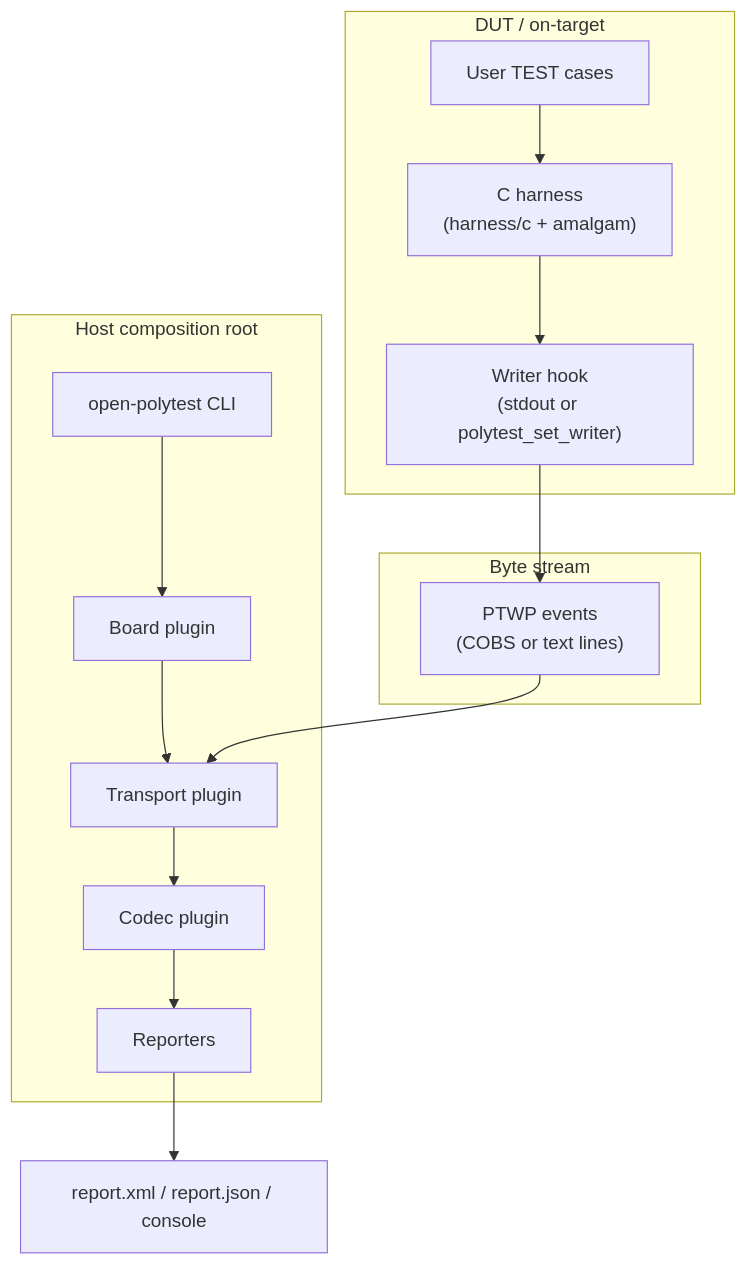
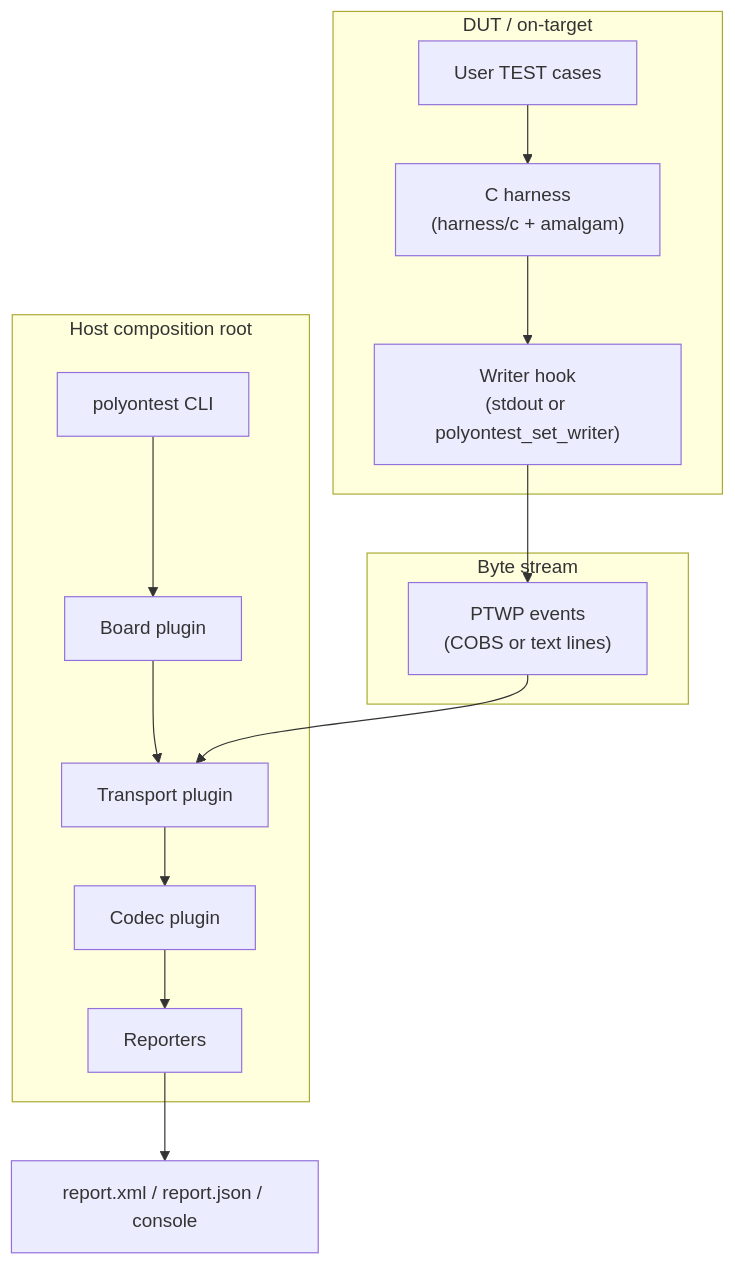
One commit to malto101/Open-PolyTest-Framework changed the first of 4 diagrams in docs/architecture.md. Above: the diagram before and after it, drawn with Mermaid. The commit also changed other lines of this file and 93 other files, not shown here.

````diff
--- a/docs/architecture.md
+++ b/docs/architecture.md
@@ -9,27 +9,27 @@
 ```mermaid
 flowchart TB
   subgraph target [DUT / on-target]
     harness["C harness\n(harness/c + amalgam)"]
     tests[User TEST cases]
-    writer["Writer hook\n(stdout or polytest_set_writer)"]
+    writer["Writer hook\n(stdout or polyontest_set_writer)"]
     tests --> harness
     harness --> writer
   end
   subgraph wire [Byte stream]
     ptwp["PTWP events\n(COBS or text lines)"]
   end
   subgraph host [Host composition root]
-    cli["open-polytest CLI"]
+    cli["polyontest CLI"]
     board[Board plugin]
     transport[Transport plugin]
     codec[Codec plugin]
     reporters[Reporters]
     cli --> board
     board --> transport
     transport --> codec
     codec --> reporters
   end
   writer --> ptwp
   ptwp --> transport
   reporters --> artifacts["report.xml / report.json / console"]
 ```
````
